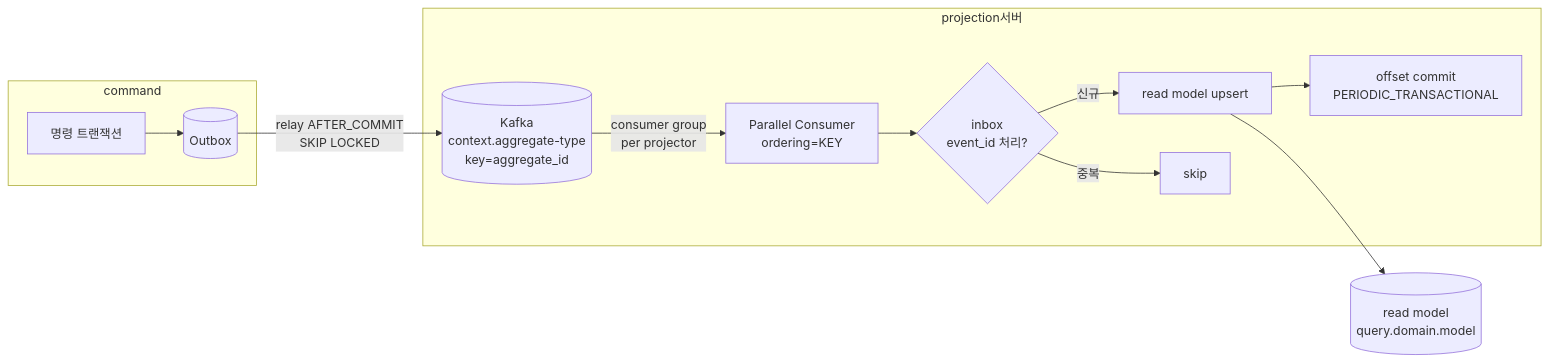
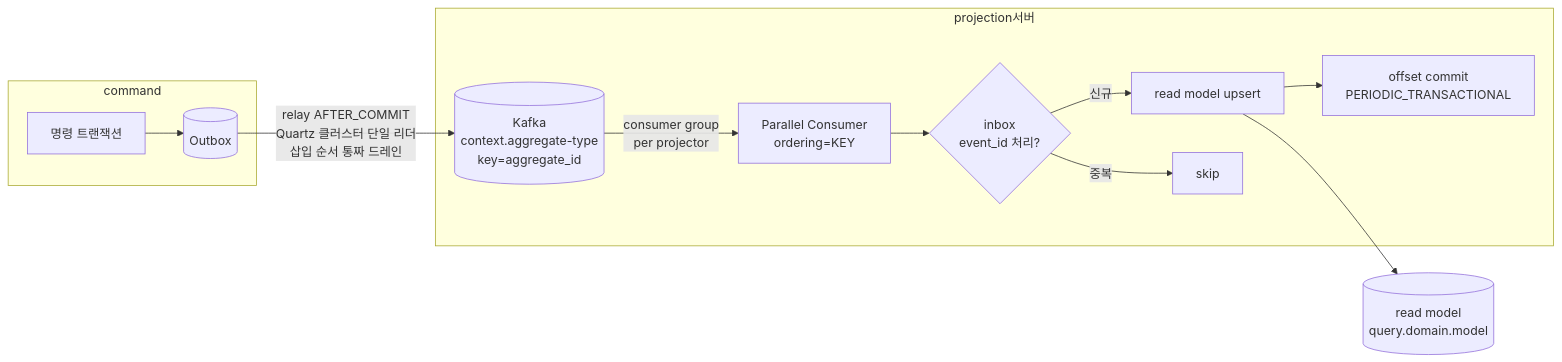
Before and after one commit to newkayak12/prototype-reservation-system: the first of 2 diagrams in docs/v2/modules/07-query-projection-server.md, drawn with Mermaid. The commit also changed other lines of this file and 52 other files, not shown here.

````diff
--- a/docs/v2/modules/07-query-projection-server.md
+++ b/docs/v2/modules/07-query-projection-server.md
@@ -74,15 +74,15 @@
 ```mermaid
 graph LR
     subgraph command
       TX[명령 트랜잭션] --> OB[(Outbox)]
     end
-    OB -->|relay AFTER_COMMIT<br/>SKIP LOCKED| K[(Kafka<br/>context.aggregate-type<br/>key=aggregate_id)]
+    OB -->|relay AFTER_COMMIT<br/>Quartz 클러스터 단일 리더<br/>삽입 순서 통짜 드레인| K[(Kafka<br/>context.aggregate-type<br/>key=aggregate_id)]
     subgraph projection서버
       K -->|consumer group<br/>per projector| PC[Parallel Consumer<br/>ordering=KEY]
       PC --> IB{inbox<br/>event_id 처리?}
       IB -->|신규| UP[read model upsert]
       IB -->|중복| SK[skip]
       UP --> OFF[offset commit<br/>PERIODIC_TRANSACTIONAL]
     end
     UP --> RM[(read model<br/>query.domain.model)]
 ```
````
